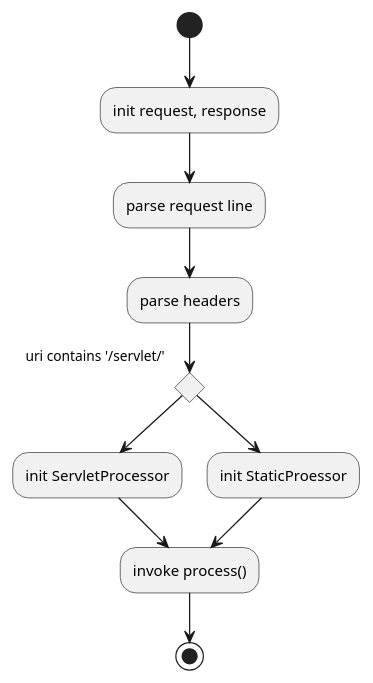
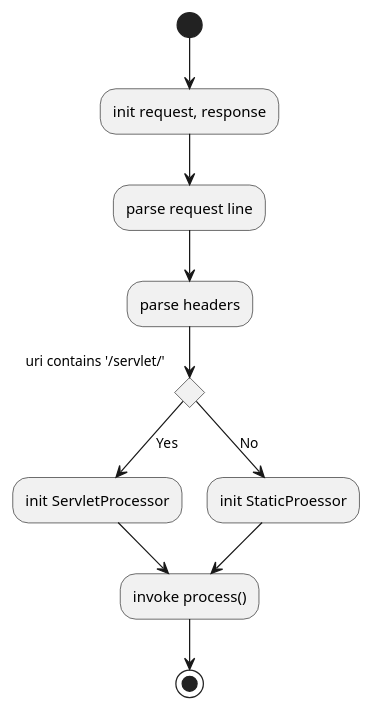
One commit to jack-zheng/hexo changed the third of 6 diagrams in source/_posts/HTW-ex03.md. Above: the diagram before and after it, drawn with PlantUML. The commit also changed other lines of this file and 2 other files, not shown here.

```diff
--- a/source/_posts/HTW-ex03.md
+++ b/source/_posts/HTW-ex03.md
@@ -169,13 +171,13 @@
 {% plantuml %}
 (*) --> "init request, response"
 --> "parse request line"
 --> "parse headers"
 if "uri contains '/servlet/'" then
-    --> "init ServletProcessor"
+    --> [Yes] "init ServletProcessor"
     --> "invoke process()"
 else
-    --> "init StaticProessor"
+    --> [No] "init StaticProessor"
     --> "invoke process()"
 endif
 --> (*)
 {% endplantuml %}
```
